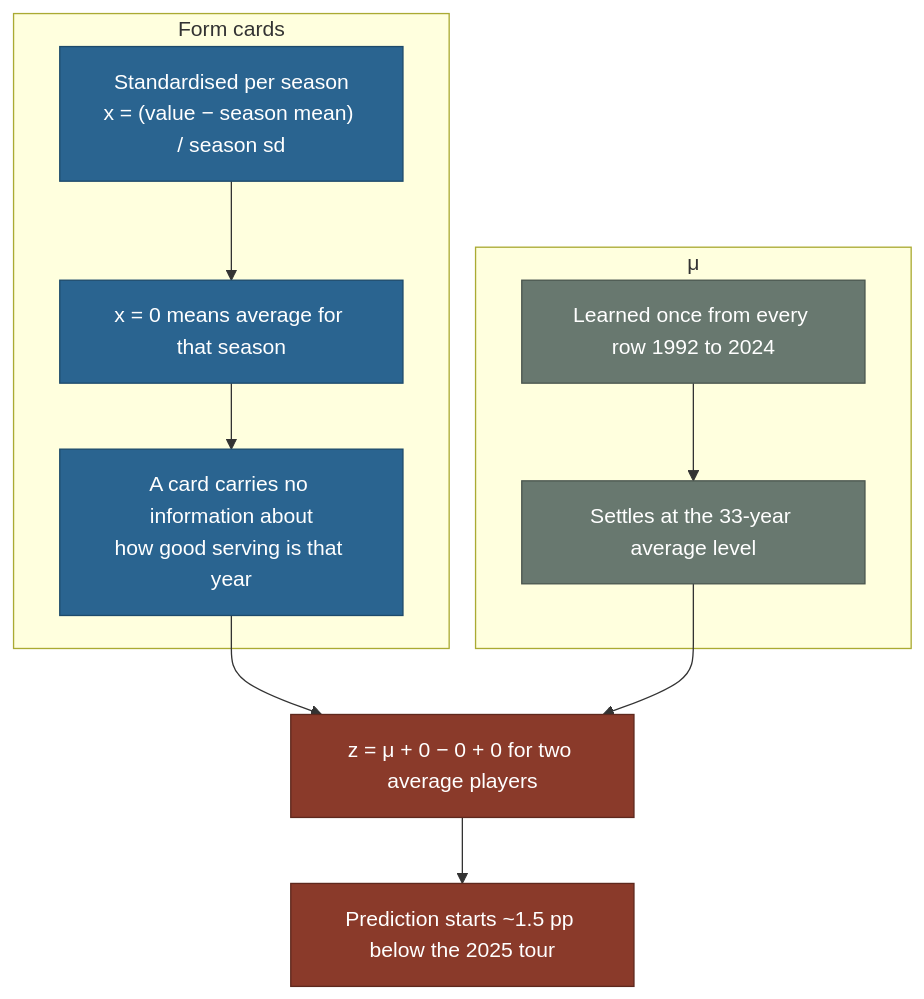
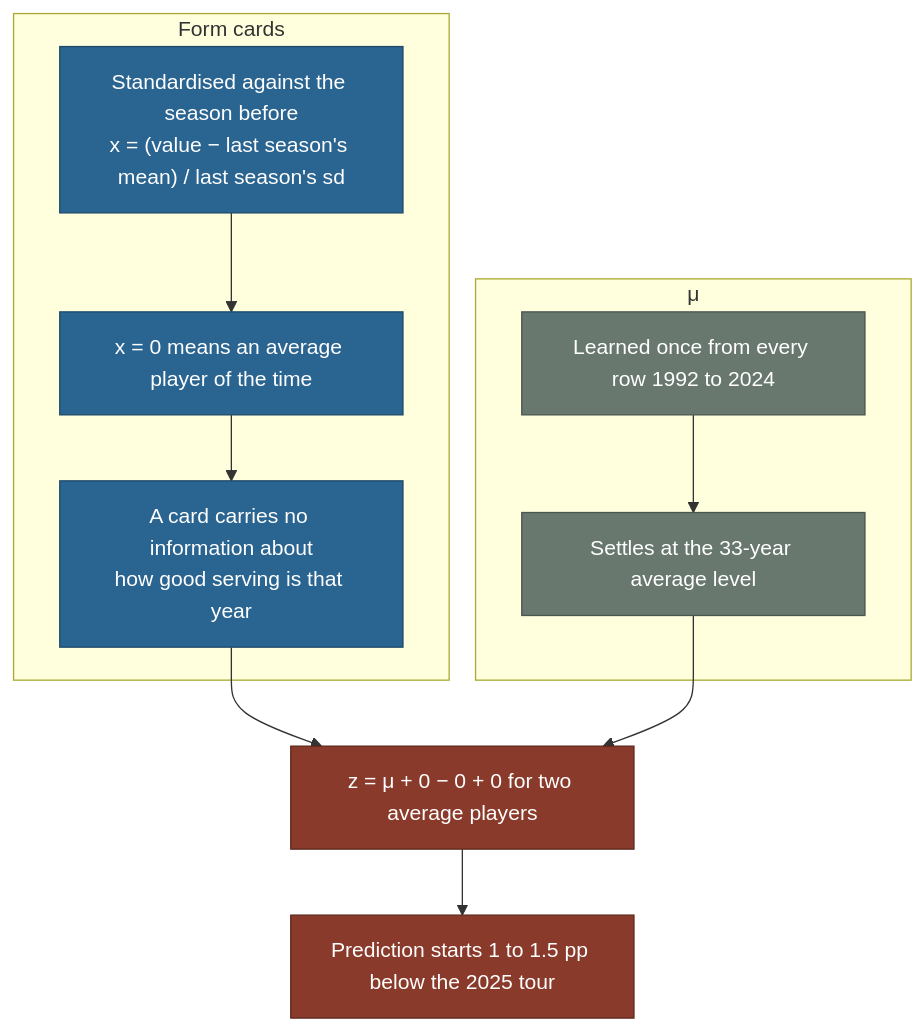
One commit to MacMac2070/atp-tennis-simulator changed the diagram in docs/serve_level_fix.md. Above: the diagram before and after it, drawn with Mermaid. The commit also changed other lines of this file and 44 other files, not shown here.

````diff
--- a/docs/serve_level_fix.md
+++ b/docs/serve_level_fix.md
@@ -30,24 +30,24 @@
 ```mermaid
 flowchart TD
     subgraph cards["Form cards"]
-        C1["Standardised per season<br/>x = (value − season mean) / season sd"]
-        C2["x = 0 means average for that season"]
+        C1["Standardised against the season before<br/>x = (value − last season's mean) / last season's sd"]
+        C2["x = 0 means an average player of the time"]
         C3["A card carries no information about<br/>how good serving is that year"]
         C1 --> C2 --> C3
     end
     subgraph mu["μ"]
         M1["Learned once from every row 1992 to 2024"]
         M2["Settles at the 33-year average level"]
         M1 --> M2
     end
     C3 --> Z["z = μ + 0 − 0 + 0 for two average players"]
     M2 --> Z
-    Z --> P["Prediction starts ~1.5 pp below the 2025 tour"]
+    Z --> P["Prediction starts 1 to 1.5 pp below the 2025 tour"]
 
     classDef frozen fill:#2a6490,stroke:#1d4a6b,color:#fff
     classDef base fill:#68786f,stroke:#4a564f,color:#fff
     classDef bad fill:#8a3a2a,stroke:#5e281d,color:#fff
     class C1,C2,C3 frozen
     class M1,M2 base
     class Z,P bad
 ```
````
